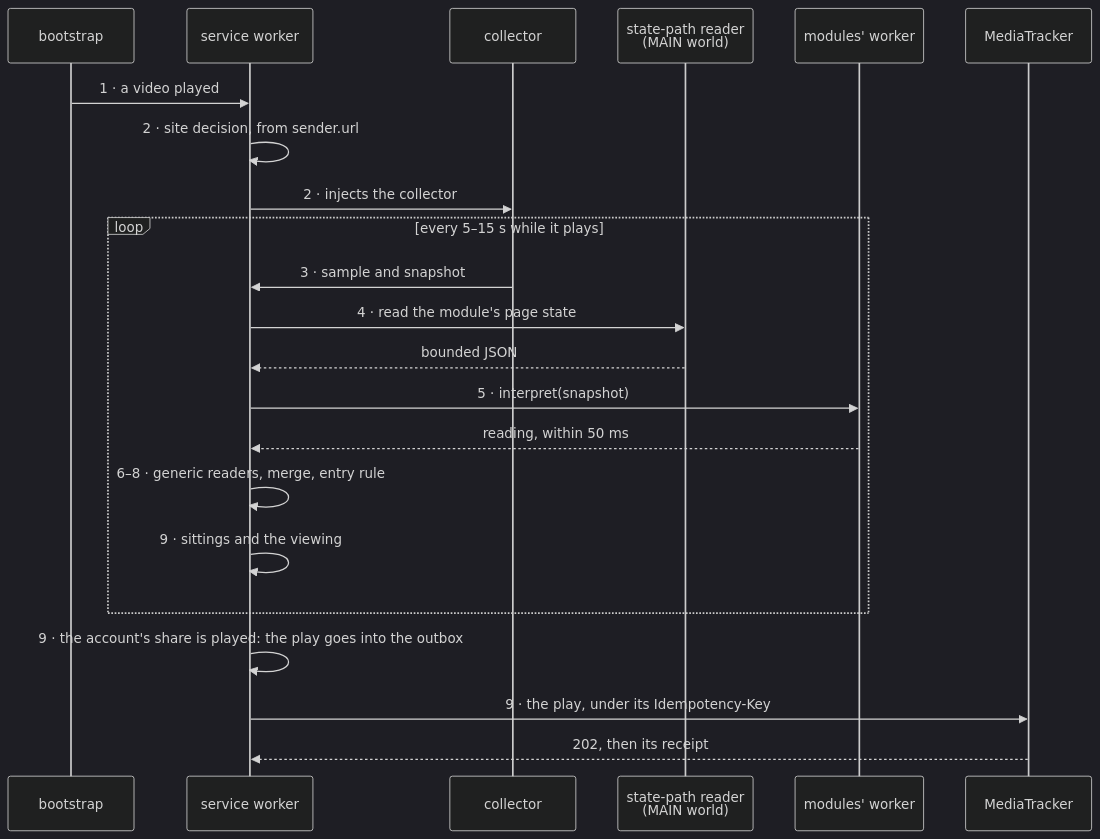
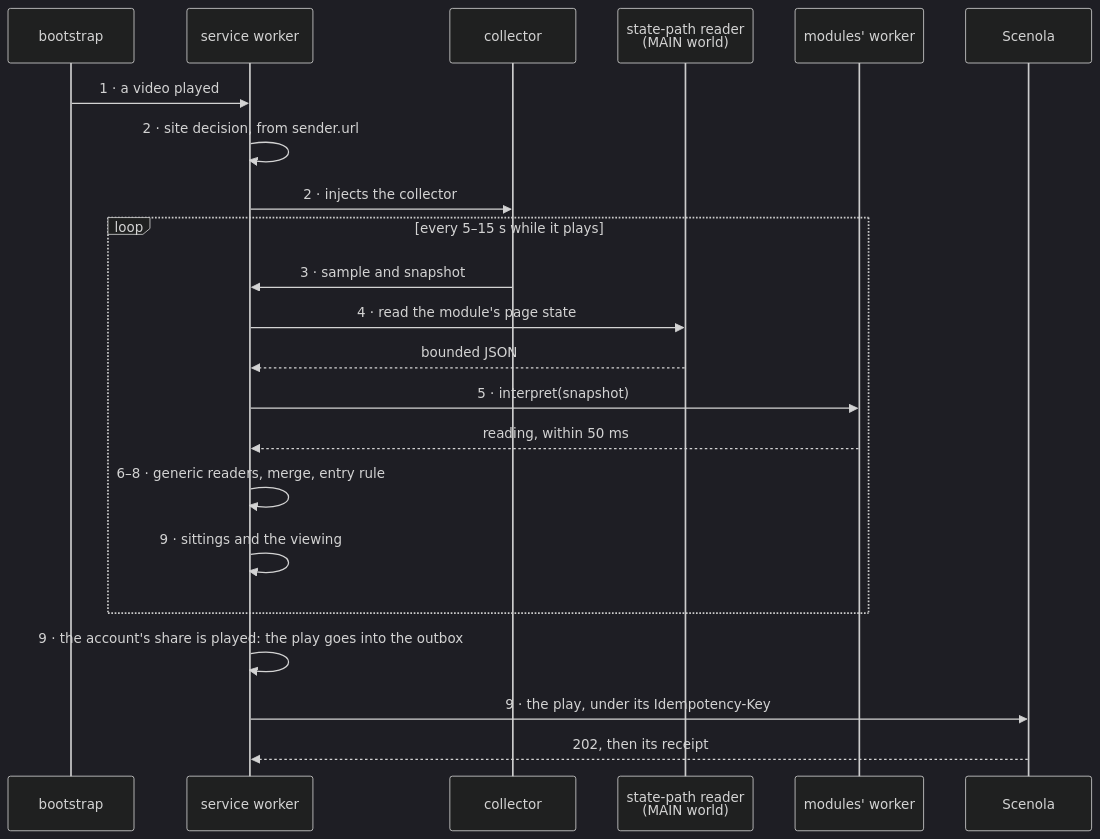
Before and after one commit to scenola/browser-extension: the third of 3 diagrams in docs/architecture.md, drawn with Mermaid (dark theme). The commit also changed other lines of this file and 66 other files, not shown here.

````diff
--- a/docs/architecture.md
+++ b/docs/architecture.md
@@ -129,25 +129,25 @@
 ```mermaid
 sequenceDiagram
   participant B as bootstrap
   participant SW as service worker
   participant C as collector
   participant R as state-path reader<br/>(MAIN world)
   participant M as modules' worker
-  participant MT as MediaTracker
+  participant MT as Scenola
 
   B->>SW: 1 · a video played
   SW->>SW: 2 · site decision, from sender.url
   SW->>C: 2 · injects the collector
   loop every 5–15 s while it plays
     C->>SW: 3 · sample and snapshot
     SW->>R: 4 · read the module's page state
     R-->>SW: bounded JSON
     SW->>M: 5 · interpret(snapshot)
     M-->>SW: reading, within 50 ms
     SW->>SW: 6–8 · generic readers, merge, entry rule
     SW->>SW: 9 · sittings and the viewing
   end
   SW->>SW: 9 · the account's share is played: the play goes into the outbox
   SW->>MT: 9 · the play, under its Idempotency-Key
   MT-->>SW: 202, then its receipt
 ```
````
